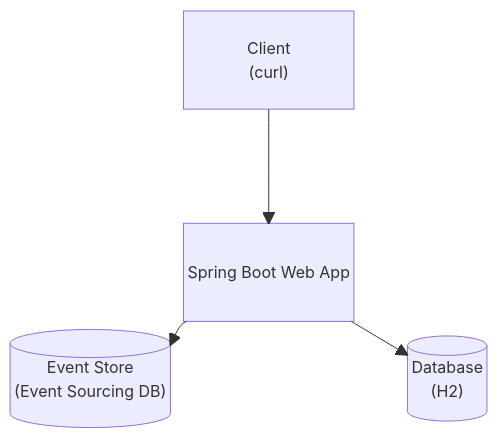
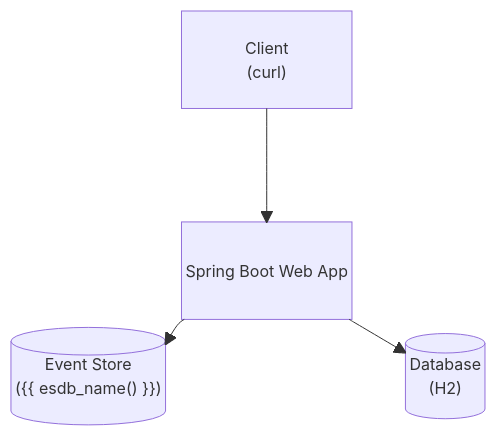
Before and after one commit to open-cqrs/opencqrs: the diagram in mkdocs/docs/tutorials/01_setup/index.md, drawn with Mermaid. The commit also changed other lines of this file and 29 other files, not shown here.

````diff
--- a/mkdocs/docs/tutorials/01_setup/index.md
+++ b/mkdocs/docs/tutorials/01_setup/index.md
@@ -54,13 +54,13 @@
 ``` mermaid
 block-beta
     columns 3
     
     space Client["Client\n(curl)"] space
     space space space
     space App["Spring Boot Web App"] space
-    ESDB[("Event Store\n(Event Sourcing DB)")] space Database[("Database\n(H2)")]
+    ESDB[("Event Store\n({{ esdb_name() }})")] space Database[("Database\n(H2)")]
     
     Client --> App
     App --> ESDB
     App --> Database
 ```
````
